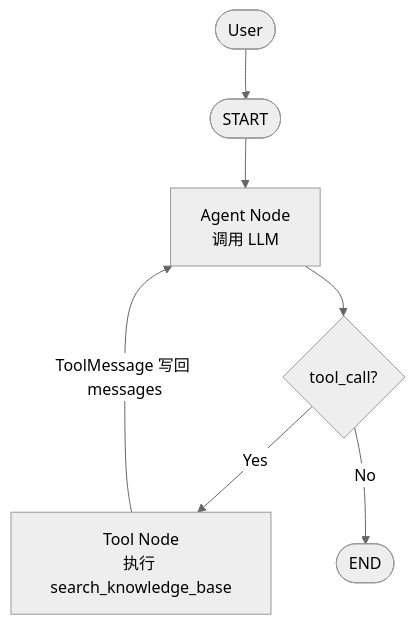
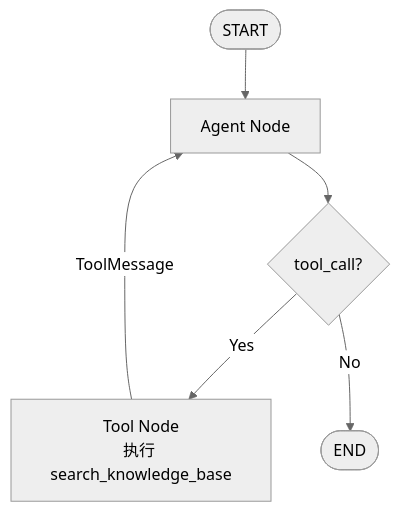
The first of 3 diagrams in rag-agent-demo/README.md (Vinn0427/langchain_demo), drawn with Mermaid (neutral theme) before and after one commit. The commit also changed other lines of this file and 6 other files, not shown here.

````diff
--- a/rag-agent-demo/README.md
+++ b/rag-agent-demo/README.md
@@ -109,9 +151,8 @@
 ```mermaid
 flowchart TD
-    User([User]) --> START([START])
-    START --> Agent[Agent Node<br/>调用 LLM]
+    START([START]) --> Agent[Agent Node]
     Agent --> Cond{tool_call?}
     Cond -- Yes --> Tool[Tool Node<br/>执行 search_knowledge_base]
     Cond -- No --> END([END])
-    Tool -- ToolMessage 写回 messages --> Agent
+    Tool -- ToolMessage --> Agent
 ```
````
